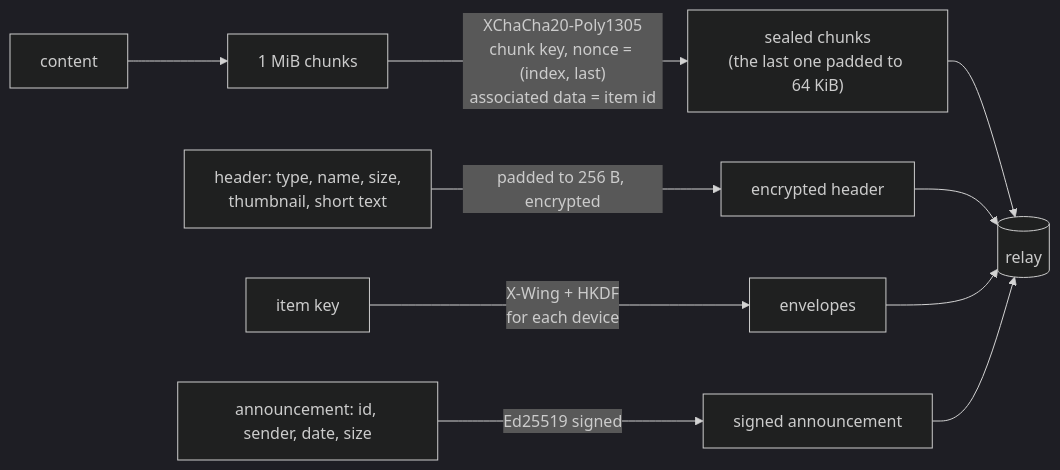
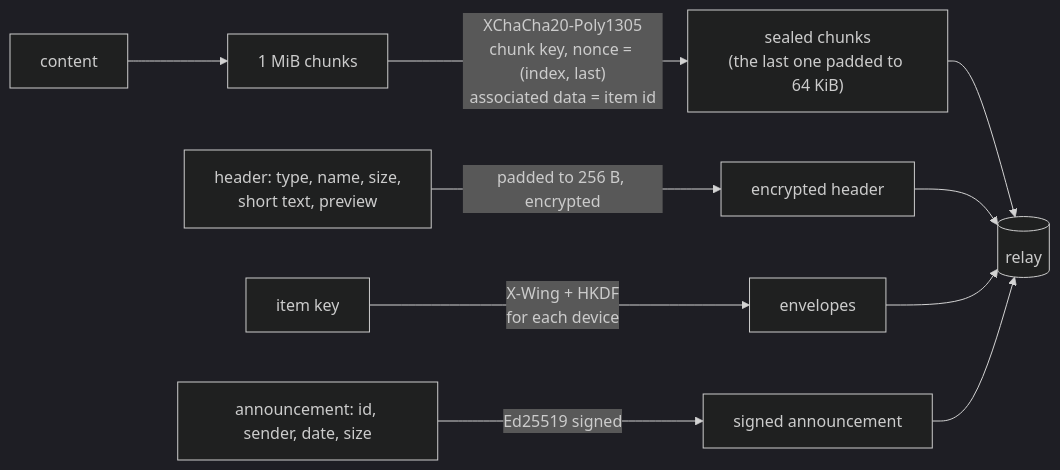
The second of 2 diagrams in docs/en/security.md (dorianbayart/entre-nous), drawn with Mermaid (dark theme) before and after one commit. The commit also changed other lines of this file and 8 other files, not shown here.

````diff
--- a/docs/en/security.md
+++ b/docs/en/security.md
@@ -83,9 +83,9 @@
 ```mermaid
 flowchart LR
   Contenu["content"] --> Blocs["1 MiB chunks"]
   Blocs -->|"XChaCha20-Poly1305<br/>chunk key, nonce = (index, last)<br/>associated data = item id"| Scelles["sealed chunks<br/>(the last one padded to 64 KiB)"]
-  Entete["header: type, name, size,<br/>thumbnail, short text"] -->|"padded to 256 B, encrypted"| EnteteC["encrypted header"]
+  Entete["header: type, name, size,<br/>short text, preview"] -->|"padded to 256 B, encrypted"| EnteteC["encrypted header"]
   Cle["item key"] -->|"X-Wing + HKDF<br/>for each device"| Env["envelopes"]
   Meta["announcement: id, sender, date, size"] -->|"Ed25519 signed"| Ann["signed announcement"]
   Scelles & EnteteC & Env & Ann --> Relais[("relay")]
 ```
````
